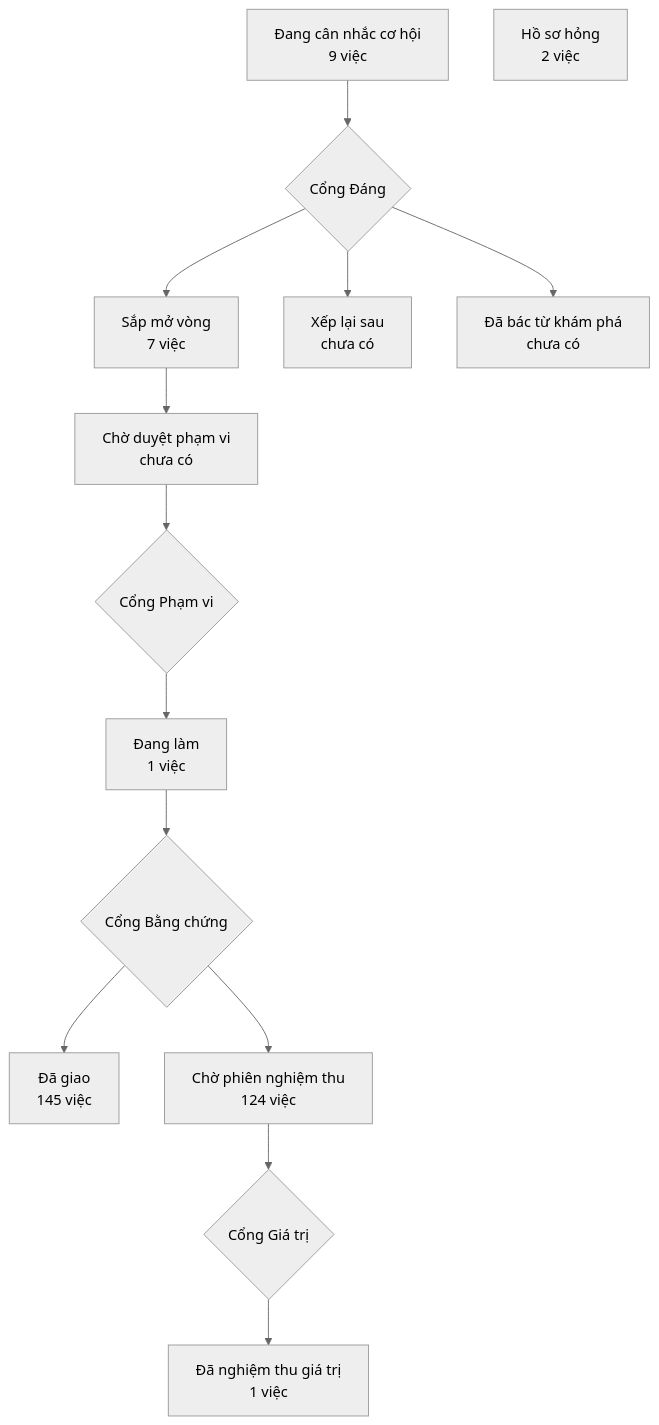
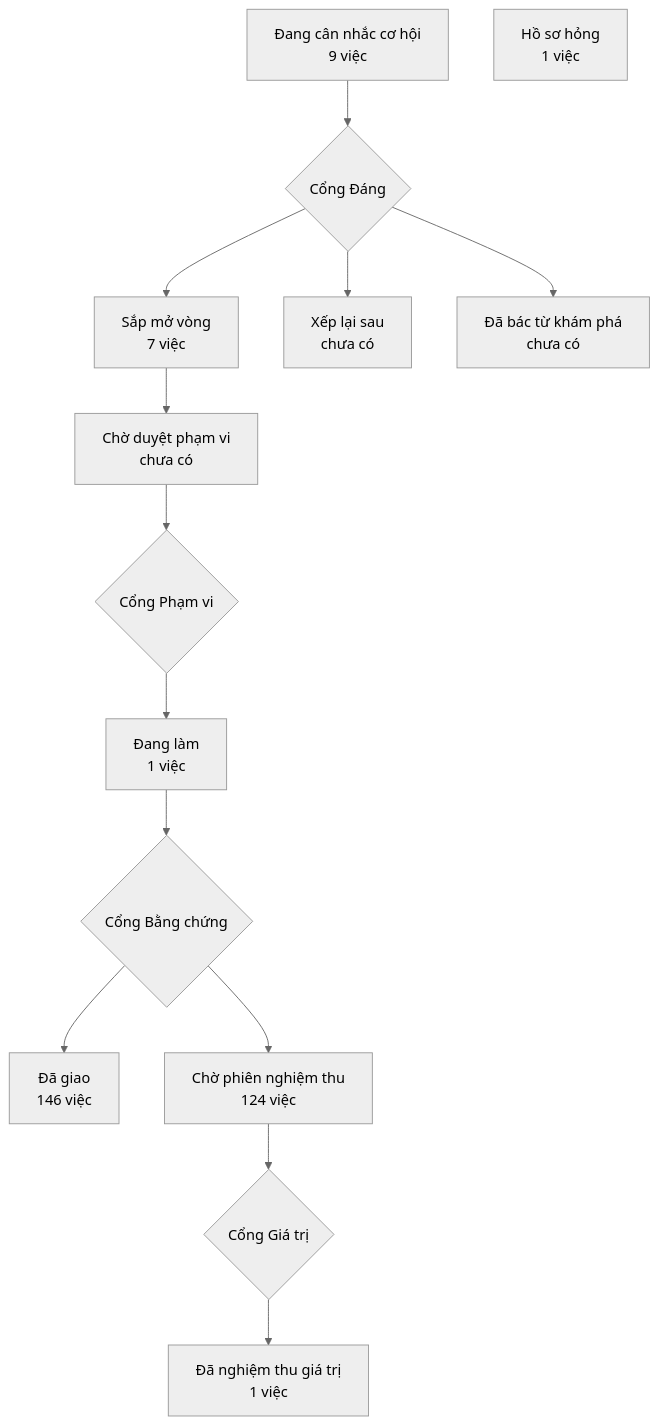
One commit to phanlemanh/crm-onehub changed the diagram in PRODUCT-MAP.md. Above: the diagram before and after it, drawn with Mermaid (neutral theme). The commit also changed other lines of this file, not shown here.

Commit message:
chore: dựng lại PRODUCT-MAP.md bằng bộ dựng của kho

````diff
--- a/PRODUCT-MAP.md
+++ b/PRODUCT-MAP.md
@@ -7,13 +7,13 @@
 ```mermaid
 flowchart TD
   A["Đang cân nhắc cơ hội<br/>9 việc"] --> GD{"Cổng Đáng"}
   GD --> B["Sắp mở vòng<br/>7 việc"]
   GD --> XL["Xếp lại sau<br/>chưa có"]
   GD --> DB["Đã bác từ khám phá<br/>chưa có"]
   B --> CD["Chờ duyệt phạm vi<br/>chưa có"] --> GP{"Cổng Phạm vi"}
   GP --> DL["Đang làm<br/>1 việc"] --> GB{"Cổng Bằng chứng"}
-  GB --> DG["Đã giao<br/>145 việc"]
+  GB --> DG["Đã giao<br/>146 việc"]
   GB --> CN["Chờ phiên nghiệm thu<br/>124 việc"] --> GG{"Cổng Giá trị"}
   GG --> NT["Đã nghiệm thu giá trị<br/>1 việc"]
-  HS["Hồ sơ hỏng<br/>2 việc"]
+  HS["Hồ sơ hỏng<br/>1 việc"]
 ```
````
